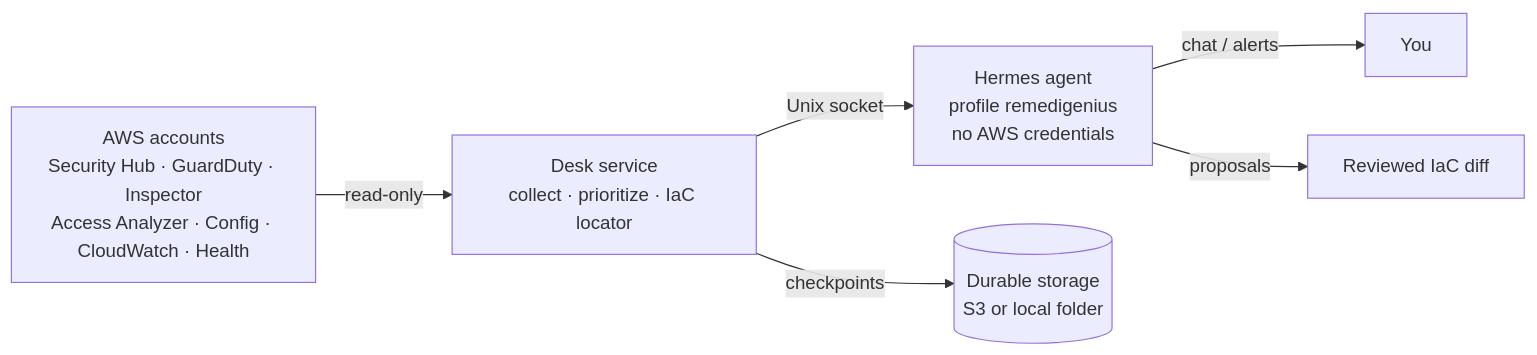
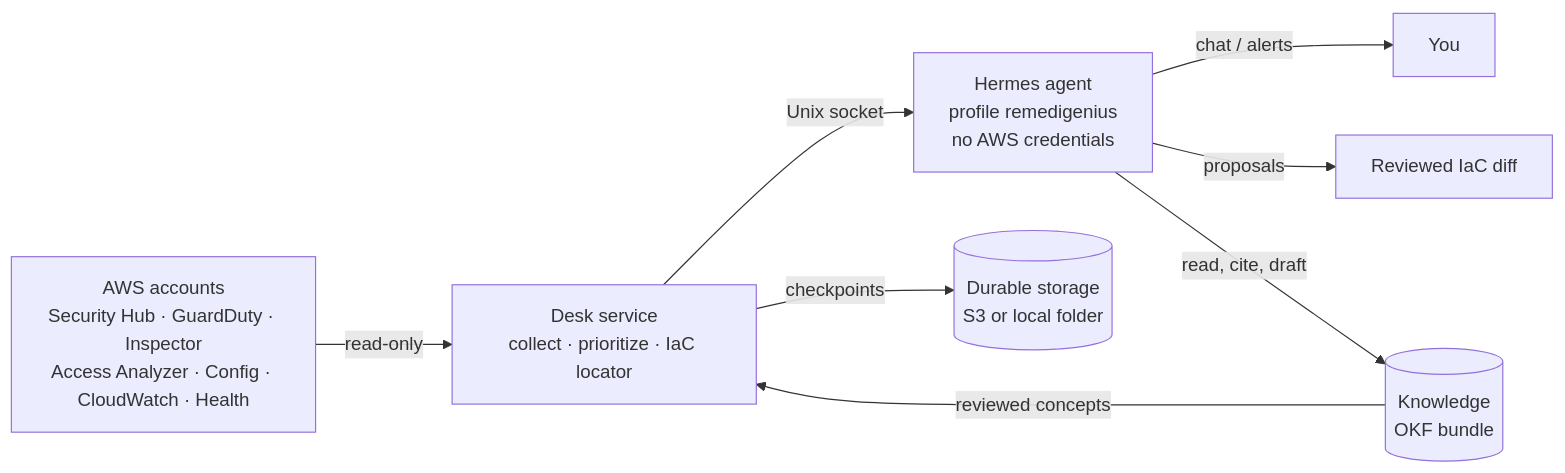
One commit to IaCGenius/RemediGenius changed the diagram in README.md. Above: the diagram before and after it, drawn with Mermaid. The commit also changed other lines of this file and 58 other files, not shown here.

````diff
--- a/README.md
+++ b/README.md
@@ -22,8 +27,10 @@
 ```mermaid
 flowchart LR
   A[AWS accounts<br/>Security Hub · GuardDuty · Inspector<br/>Access Analyzer · Config · CloudWatch · Health] -- read-only --> D[Desk service<br/>collect · prioritize · IaC locator]
   D -- Unix socket --> H[Hermes agent<br/>profile remedigenius<br/>no AWS credentials]
   H -- chat / alerts --> U[You]
   H -- proposals --> P[Reviewed IaC diff]
+  K[(Knowledge<br/>OKF bundle)] -- reviewed concepts --> D
+  H -- read, cite, draft --> K
   D -- checkpoints --> S[(Durable storage<br/>S3 or local folder)]
 ```
````
